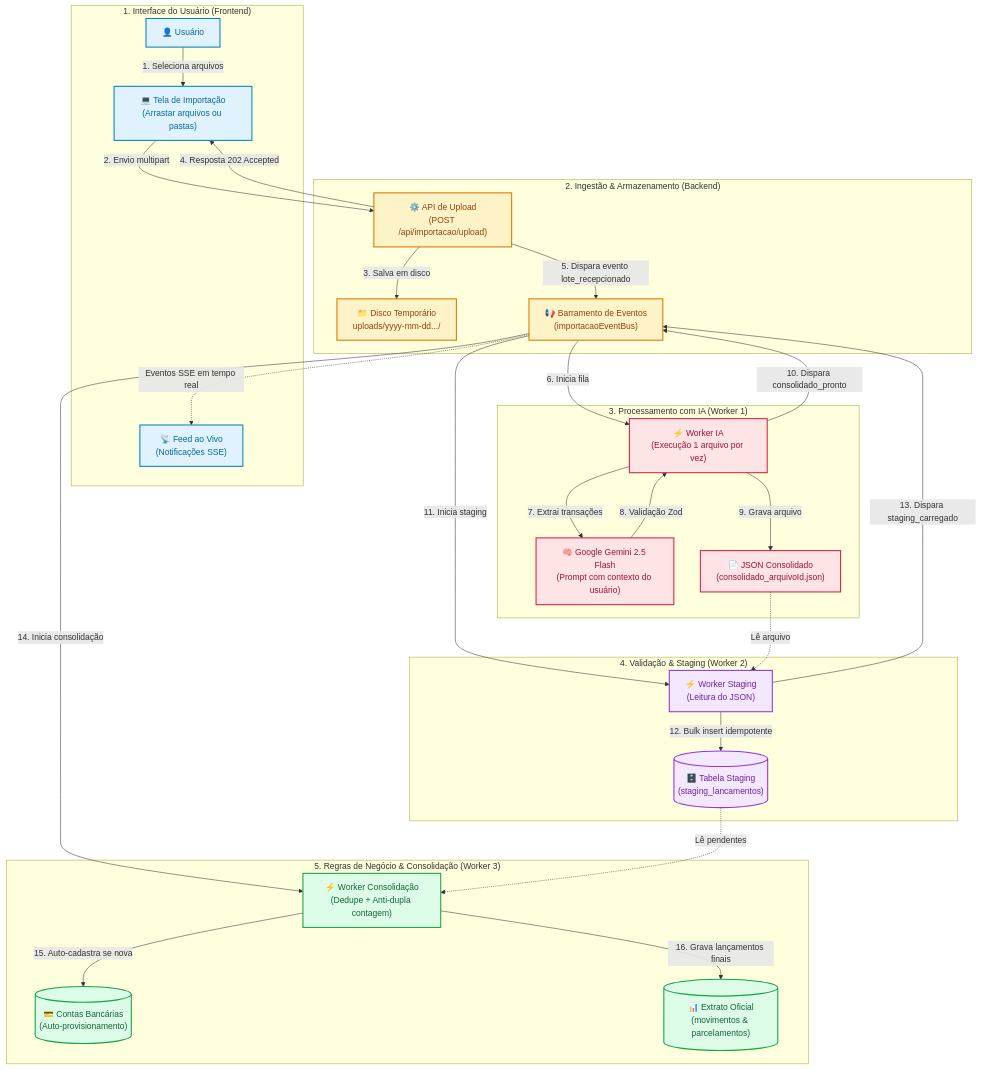
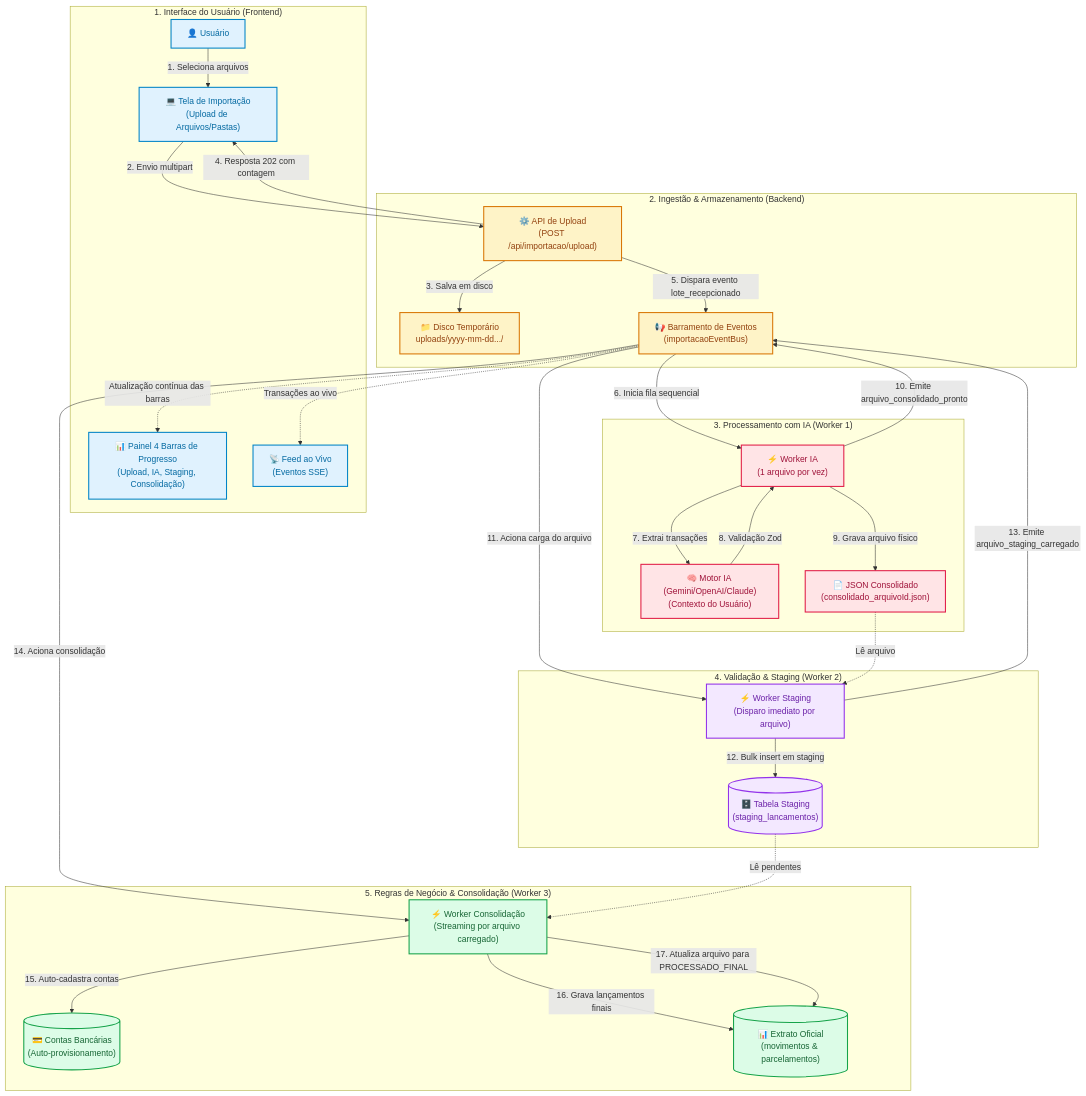
Before and after one commit to mhjmhj2002/evolvi: the first of 2 diagrams in docs/FLUXO_IMPORTACAO_IA.md, drawn with Mermaid. The commit also changed other lines of this file and 12 other files, not shown here.

```diff
--- a/docs/FLUXO_IMPORTACAO_IA.md
+++ b/docs/FLUXO_IMPORTACAO_IA.md
@@ -15,8 +19,9 @@
     %% ==========================================
     subgraph S1["1. Interface do Usuário (Frontend)"]
         A1["👤 Usuário"]
-        A2["💻 Tela de Importação<br/>(Arrastar arquivos ou pastas)"]
-        A3["📡 Feed ao Vivo<br/>(Notificações SSE)"]
+        A2["💻 Tela de Importação<br/>(Upload de Arquivos/Pastas)"]
+        A3["📊 Painel 4 Barras de Progresso<br/>(Upload, IA, Staging, Consolidação)"]
+        A4["📡 Feed ao Vivo<br/>(Eventos SSE)"]
     end
 
     subgraph S2["2. Ingestão & Armazenamento (Backend)"]
@@ -26,18 +31,18 @@
     end
 
     subgraph S3["3. Processamento com IA (Worker 1)"]
-        C1["⚡ Worker IA<br/>(Execução 1 arquivo por vez)"]
-        C2["🧠 Google Gemini 2.5 Flash<br/>(Prompt com contexto do usuário)"]
+        C1["⚡ Worker IA<br/>(1 arquivo por vez)"]
+        C2["🧠 Motor IA (Gemini/OpenAI/Claude)<br/>(Contexto do Usuário)"]
         C3["📄 JSON Consolidado<br/>(consolidado_arquivoId.json)"]
     end
 
     subgraph S4["4. Validação & Staging (Worker 2)"]
-        D1["⚡ Worker Staging<br/>(Leitura do JSON)"]
+        D1["⚡ Worker Staging<br/>(Disparo imediato por arquivo)"]
         D2[("🗄️ Tabela Staging<br/>(staging_lancamentos)")]
     end
 
     subgraph S5["5. Regras de Negócio & Consolidação (Worker 3)"]
-        E1["⚡ Worker Consolidação<br/>(Dedupe + Anti-dupla contagem)"]
+        E1["⚡ Worker Consolidação<br/>(Streaming por arquivo carregado)"]
         E2[("💳 Contas Bancárias<br/>(Auto-provisionamento)")]
         E3[("📊 Extrato Oficial<br/>(movimentos & parcelamentos)")]
     end
@@ -49,30 +54,32 @@
     A1 -->|"1. Seleciona arquivos"| A2
     A2 -->|"2. Envio multipart"| B1
     B1 -->|"3. Salva em disco"| B2
-    B1 -->|"4. Resposta 202 Accepted"| A2
+    B1 -->|"4. Resposta 202 com contagem"| A2
     B1 -->|"5. Dispara evento lote_recepcionado"| B3
 
     %% 2 -> 3: IA
-    B3 -->|"6. Inicia fila"| C1
+    B3 -->|"6. Inicia fila sequencial"| C1
     C1 -->|"7. Extrai transações"| C2
     C2 -->|"8. Validação Zod"| C1
-    C1 -->|"9. Grava arquivo"| C3
-    C1 -->|"10. Dispara consolidado_pronto"| B3
+    C1 -->|"9. Grava arquivo físico"| C3
+    C1 -->|"10. Emite arquivo_consolidado_pronto"| B3
 
-    %% 3 -> 4: Staging
-    B3 -->|"11. Inicia staging"| D1
+    %% 3 -> 4: Staging imediato (sem esperar outros arquivos)
+    B3 -->|"11. Aciona carga do arquivo"| D1
     C3 -.->|"Lê arquivo"| D1
-    D1 -->|"12. Bulk insert idempotente"| D2
-    D1 -->|"13. Dispara staging_carregado"| B3
+    D1 -->|"12. Bulk insert em staging"| D2
+    D1 -->|"13. Emite arquivo_staging_carregado"| B3
 
-    %% 4 -> 5: Consolidação
-    B3 -->|"14. Inicia consolidação"| E1
+    %% 4 -> 5: Consolidação imediata (sem esperar lote)
+    B3 -->|"14. Aciona consolidação"| E1
     D2 -.->|"Lê pendentes"| E1
-    E1 -->|"15. Auto-cadastra se nova"| E2
+    E1 -->|"15. Auto-cadastra contas"| E2
     E1 -->|"16. Grava lançamentos finais"| E3
+    E1 -->|"17. Atualiza arquivo para PROCESSADO_FINAL"| E3
 
     %% Notificações em Tempo Real
-    B3 -.->|"Eventos SSE em tempo real"| A3
+    B3 -.->|"Atualização contínua das barras"| A3
+    B3 -.->|"Transações ao vivo"| A4
 
     %% ==========================================
     %% PALETA DE CORES MODERNA & HARMONIOSA
@@ -83,7 +90,7 @@
     classDef staging fill:#f3e8ff,stroke:#9333ea,stroke-width:2px,color:#6b21a8;
     classDef final fill:#dcfce7,stroke:#16a34a,stroke-width:2px,color:#166534;
 
-    class A1,A2,A3 front;
+    class A1,A2,A3,A4 front;
     class B1,B2,B3 ingest;
     class C1,C2,C3 ai;
     class D1,D2 staging;
```
